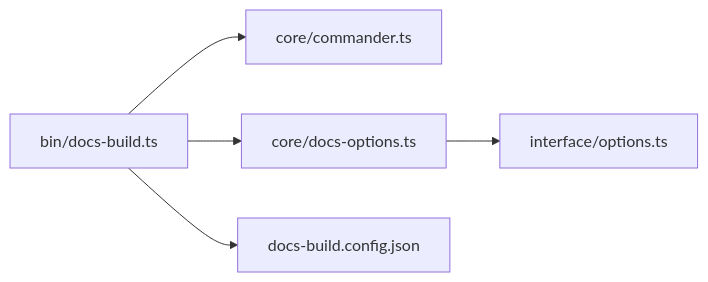
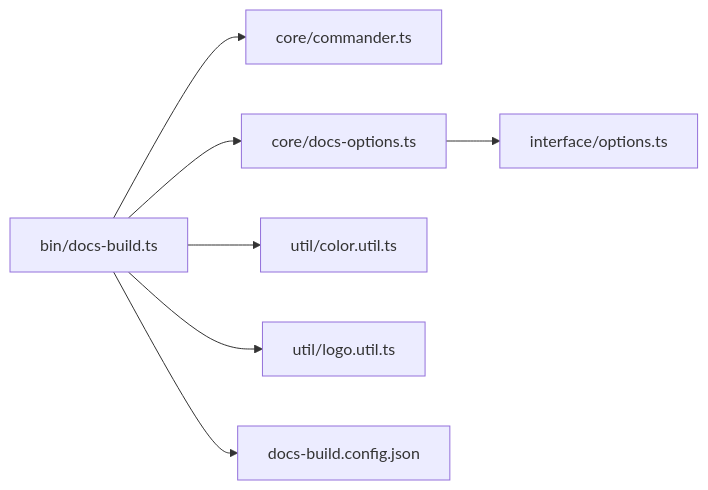
The fourth of 4 diagrams in .qoder/repowiki/zh/content/文档构建工具(@hz-9_docs-build)/CLI参考.md (hz-9/tool-nx), drawn with Mermaid before and after one commit. The commit also changed other lines of this file and 27 other files, not shown here.

````diff
--- a/.qoder/repowiki/zh/content/文档构建工具(@hz-9_docs-build)/CLI参考.md
+++ b/.qoder/repowiki/zh/content/文档构建工具(@hz-9_docs-build)/CLI参考.md
@@ -258,7 +352,9 @@
 ```mermaid
 graph LR
 BIN["bin/docs-build.ts"] --> CMD["core/commander.ts"]
 BIN --> OPT["core/docs-options.ts"]
+BIN --> COLOR["util/color.util.ts"]
+BIN --> LOGO["util/logo.util.ts"]
 OPT --> IFACE["interface/options.ts"]
 BIN --> CFG["docs-build.config.json"]
 ```
````
